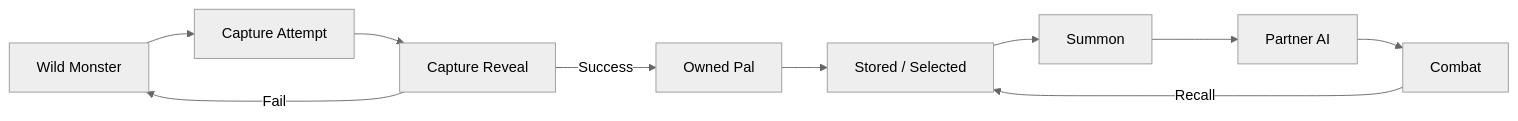
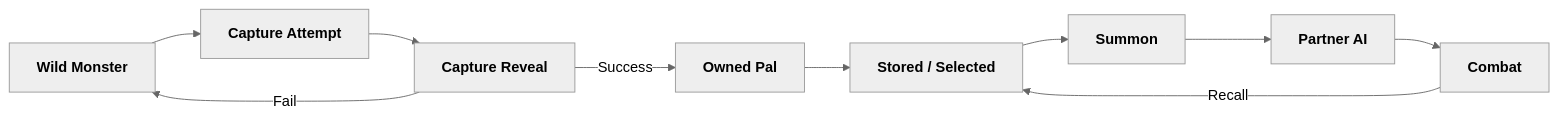
Before and after one commit to chungheonLee0325/Sonheim: the first of 2 diagrams in Doc/Wiki/08_Pal_Capture_Partner_Lifecycle.md, drawn with Mermaid (neutral theme).

Commit message:
docs: standardize mermaid node hierarchy

```diff
--- a/Doc/Wiki/08_Pal_Capture_Partner_Lifecycle.md
+++ b/Doc/Wiki/08_Pal_Capture_Partner_Lifecycle.md
@@ -11,21 +11,21 @@
 ~~~mermaid
 flowchart LR
-    WILD["Wild Monster"]
-    TRY["Capture Attempt"]
-    REVEAL["Capture Reveal"]
-    OWNED["Owned Pal"]
-    STORED["Stored / Selected"]
-    SUMMON["Summon"]
-    PARTNER["Partner AI"]
-    COMBAT["Combat"]
+    WILD["<b>Wild Monster</b>"]
+    TRY["<b>Capture Attempt</b>"]
+    REVEAL["<b>Capture Reveal</b>"]
+    OWNED["<b>Owned Pal</b>"]
+    STORED["<b>Stored / Selected</b>"]
+    SUMMON["<b>Summon</b>"]
+    PARTNER["<b>Partner AI</b>"]
+    COMBAT["<b>Combat</b>"]
 
     WILD --> TRY
     TRY --> REVEAL
     REVEAL -->|"Success"| OWNED
     REVEAL -->|"Fail"| WILD
     OWNED --> STORED
     STORED --> SUMMON
     SUMMON --> PARTNER
     PARTNER --> COMBAT
     COMBAT -->|"Recall"| STORED
 ~~~
```
